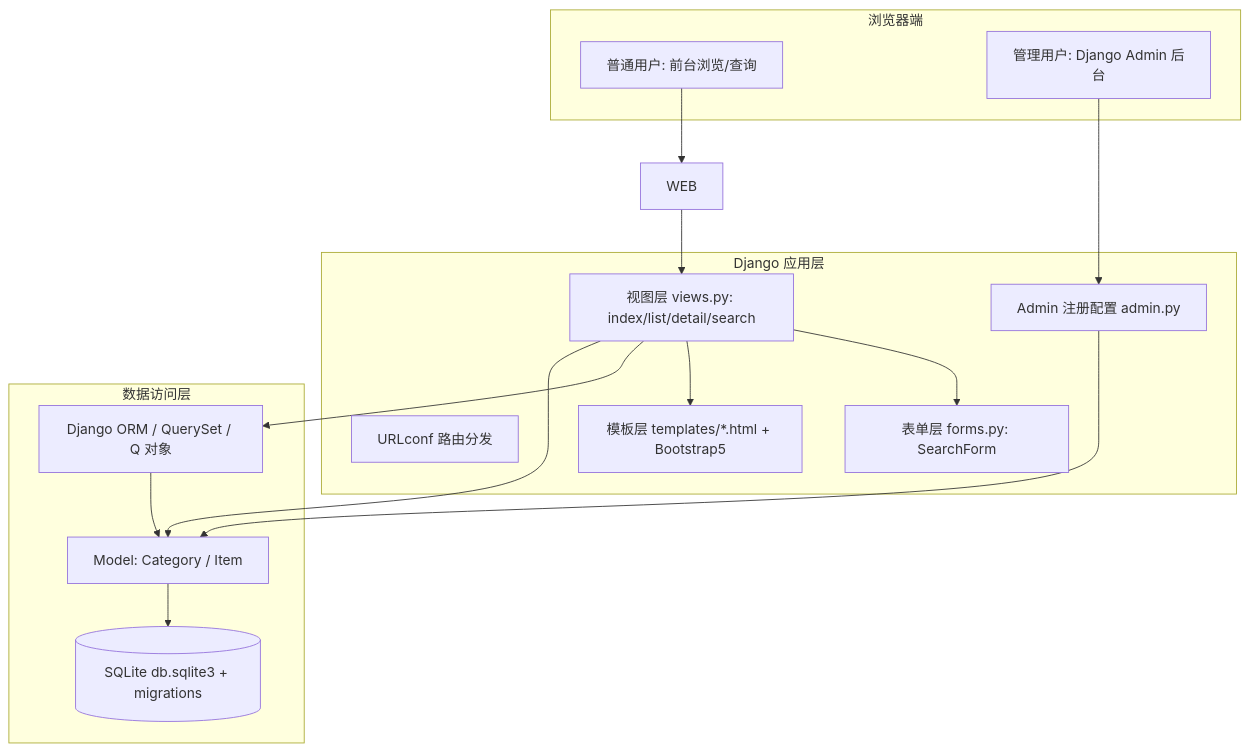
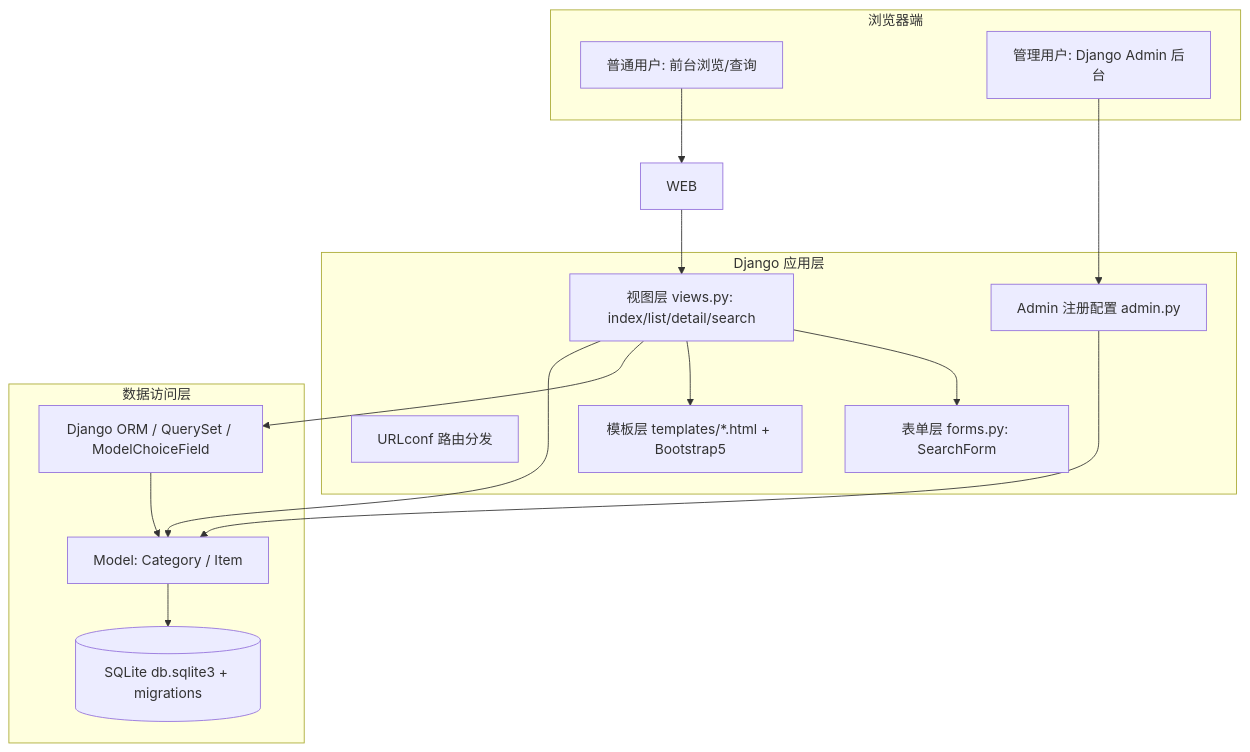
One commit to nirvanafaith/django-cms-course-project changed the first of 3 diagrams in docs/02_详细设计文档.md. Above: the diagram before and after it, drawn with Mermaid. The commit also changed other lines of this file and 2 other files, not shown here.

````diff
--- a/docs/02_详细设计文档.md
+++ b/docs/02_详细设计文档.md
@@ -48,24 +48,24 @@
 ```mermaid
 graph TB
     subgraph 浏览器端
         B1[普通用户: 前台浏览/查询]
         B2[管理用户: Django Admin 后台]
     end
     subgraph Django 应用层
         URL[URLconf 路由分发]
         V[视图层 views.py: index/list/detail/search]
         F[表单层 forms.py: SearchForm]
         ADM[Admin 注册配置 admin.py]
         T[模板层 templates/*.html + Bootstrap5]
     end
     subgraph 数据访问层
-        ORM[Django ORM / QuerySet / Q 对象]
+    ORM[Django ORM / QuerySet / ModelChoiceField]
         M[Model: Category / Item]
         DB[(SQLite db.sqlite3 + migrations)]
     end
     B1 --> WEB --> V --> F
     V --> T
     B2 --> ADM --> M
     V --> ORM --> M --> DB
     V --> M
 ```
````
